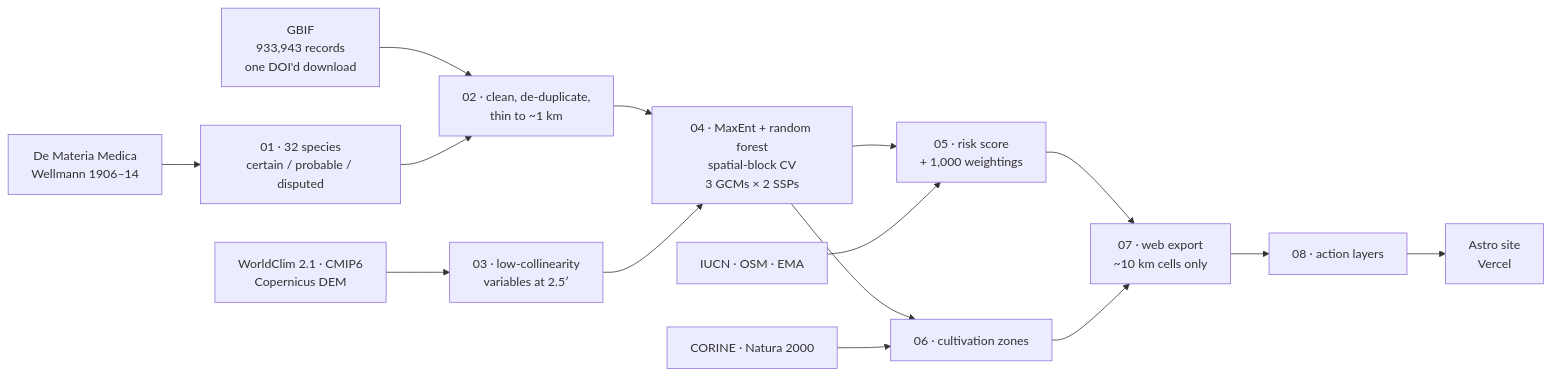
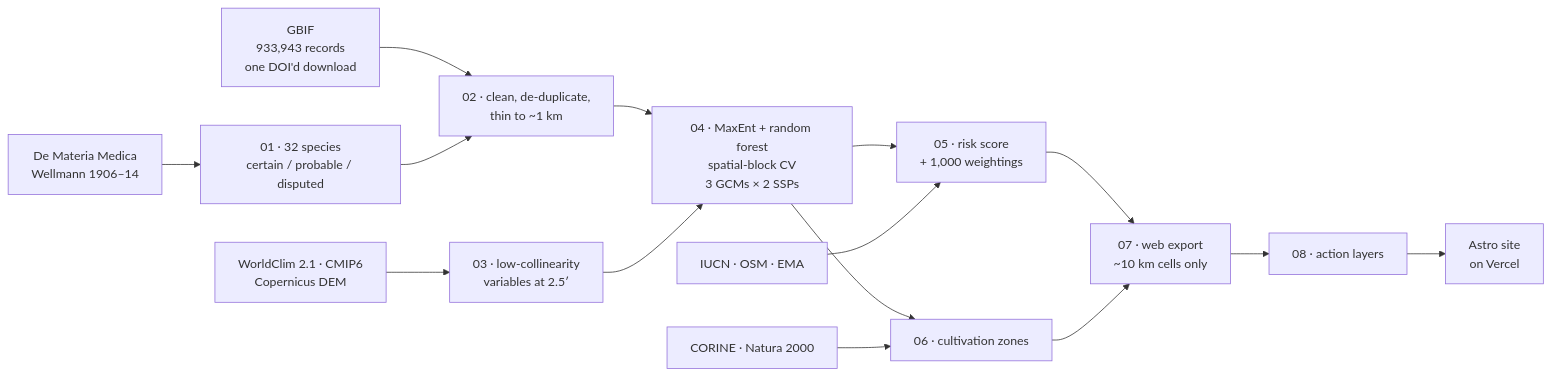
The diagram in README.md (SoujanyaChatti/Materia-Medica-2050), drawn with Mermaid before and after one commit. The commit also changed other lines of this file and 1 other file, not shown here.

````diff
--- a/README.md
+++ b/README.md
@@ -101,14 +91,14 @@
 ```mermaid
 flowchart LR
   A["De Materia Medica<br/>Wellmann 1906–14"] --> B["01 · 32 species<br/>certain / probable / disputed"]
   G["GBIF<br/>933,943 records<br/>one DOI'd download"] --> C["02 · clean, de-duplicate,<br/>thin to ~1 km"]
   W["WorldClim 2.1 · CMIP6<br/>Copernicus DEM"] --> D["03 · low-collinearity<br/>variables at 2.5′"]
   B --> C --> E
   D --> E["04 · MaxEnt + random forest<br/>spatial-block CV<br/>3 GCMs × 2 SSPs"]
   E --> F["05 · risk score<br/>+ 1,000 weightings"]
   O["IUCN · OSM · EMA"] --> F
   E --> H["06 · cultivation zones"]
   K["CORINE · Natura 2000"] --> H
   F --> X["07 · web export<br/>~10 km cells only"]
-  H --> X --> Y["08 · action layers"] --> S["Astro site<br/>Vercel"]
+  H --> X --> Y["08 · action layers"] --> S["Astro site<br/>on Vercel"]
 ```
````
